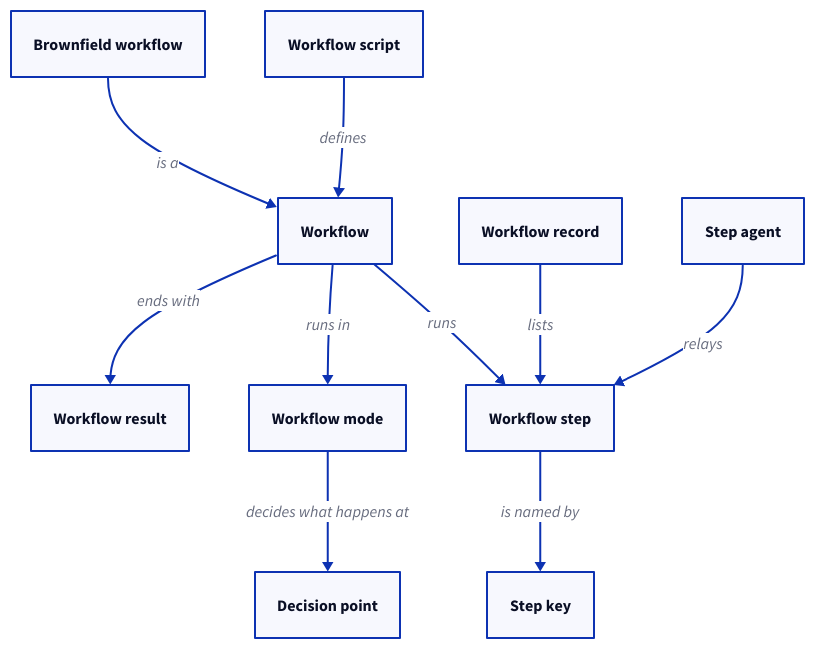
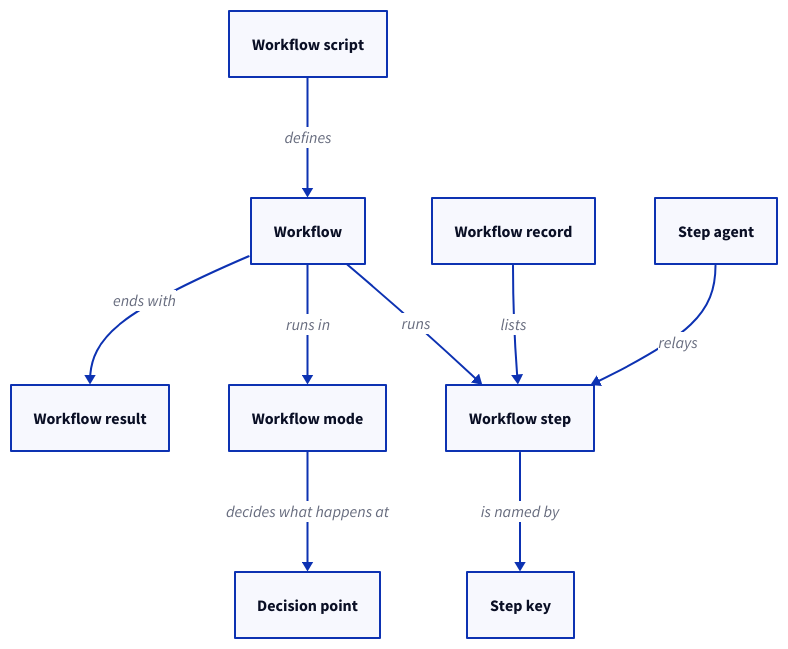
One commit to FTOD/concorde changed the first of 4 diagrams in specs/concorde/workflows/module.md. Above: the diagram before and after it, drawn with D2. The commit also changed other lines of this file and 109 other files, not shown here.

````diff
--- a/specs/concorde/workflows/module.md
+++ b/specs/concorde/workflows/module.md
@@ -169,21 +188,19 @@
 ```d2
 workflow: Workflow
 mode: Workflow mode
 point: Decision point
 step: Workflow step
 key: Step key
 record: Workflow record
 agent: Step agent
 script: Workflow script
 result: Workflow result
-brownfield: Brownfield workflow
 workflow -> step: runs
 workflow -> mode: runs in
 step -> key: is named by
 record -> step: lists
 agent -> step: relays
 script -> workflow: defines
 workflow -> result: ends with
 mode -> point: decides what happens at
-brownfield -> workflow: is a
 ```
````
